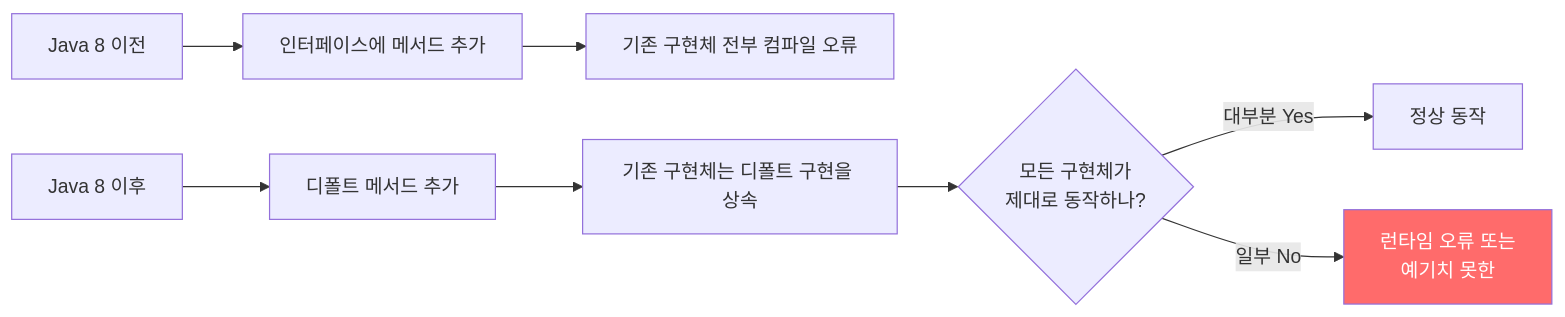
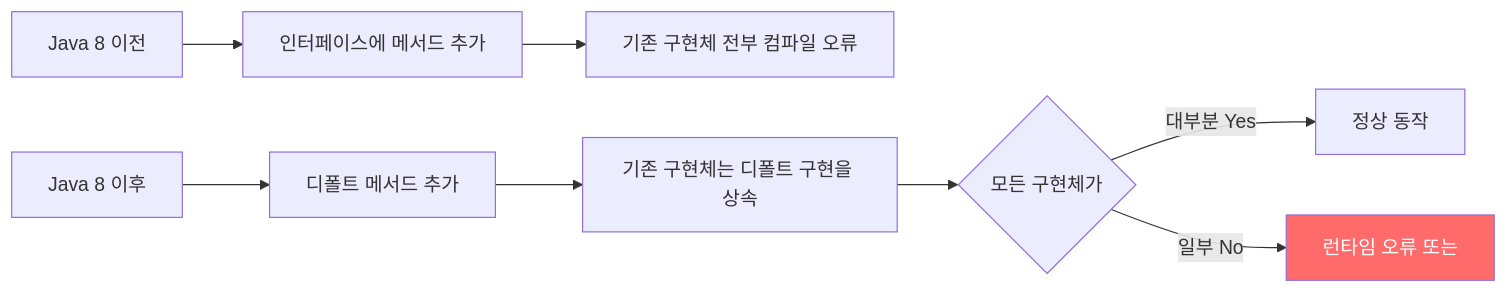
The first of 4 diagrams in _posts/java/2022-01-04-effective-java21.md (yjkim2015/yjkim2015.github.io), drawn with Mermaid before and after one commit. The commit also changed other lines of this file and 217 other files, not shown here.

First line of the commit message:
Mermaid 크기 수정: useMaxWidth:true + SVG max-width:100% + 라벨 축소

````diff
--- a/_posts/java/2022-01-04-effective-java21.md
+++ b/_posts/java/2022-01-04-effective-java21.md
@@ -18,11 +18,11 @@
 ```mermaid
 graph LR
     A["Java 8 이전"] --> B["인터페이스에 메서드 추가"]
     B --> C["기존 구현체 전부 컴파일 오류"]
     D["Java 8 이후"] --> E["디폴트 메서드 추가"]
     E --> F["기존 구현체는 디폴트 구현을 상속"]
-    F --> G{"모든 구현체가\n제대로 동작하나?"}
+    F --> G{"모든 구현체가"}
     G -->|"대부분 Yes"| H["정상 동작"]
-    G -->|"일부 No"| I["런타임 오류 또는\n예기치 못한"]
+    G -->|"일부 No"| I["런타임 오류 또는"]
     style I fill:#ff6b6b,color:#fff
 ```
````
